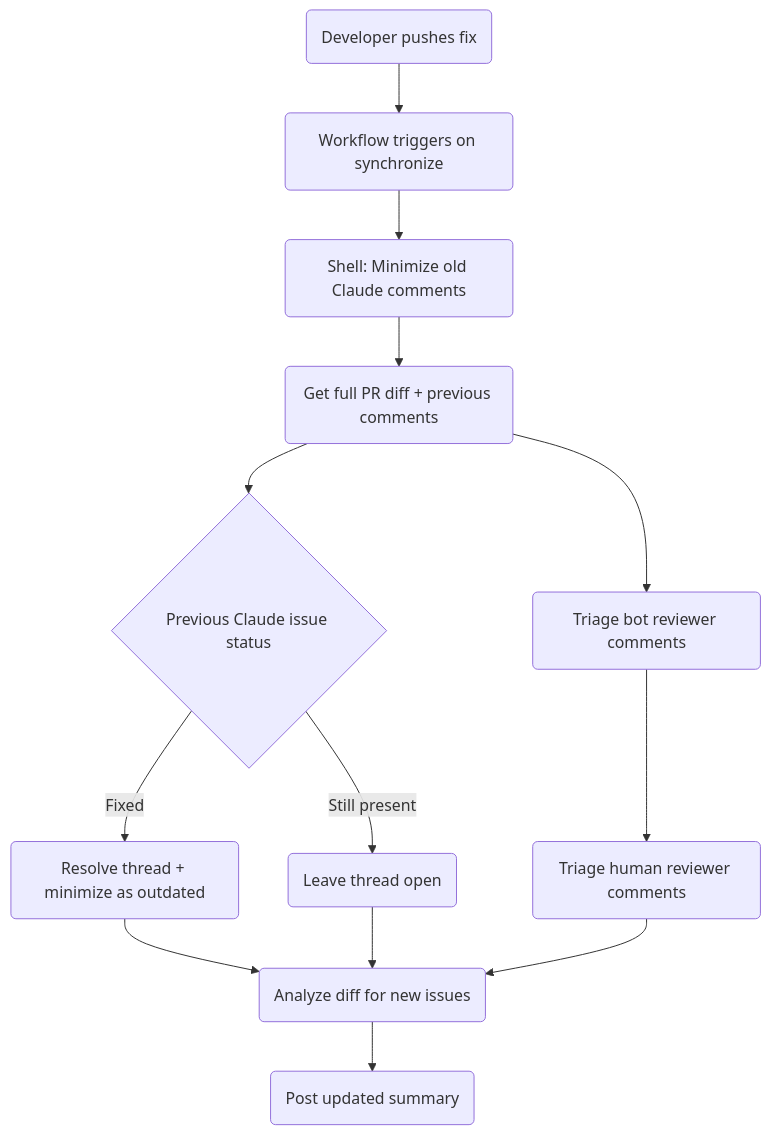
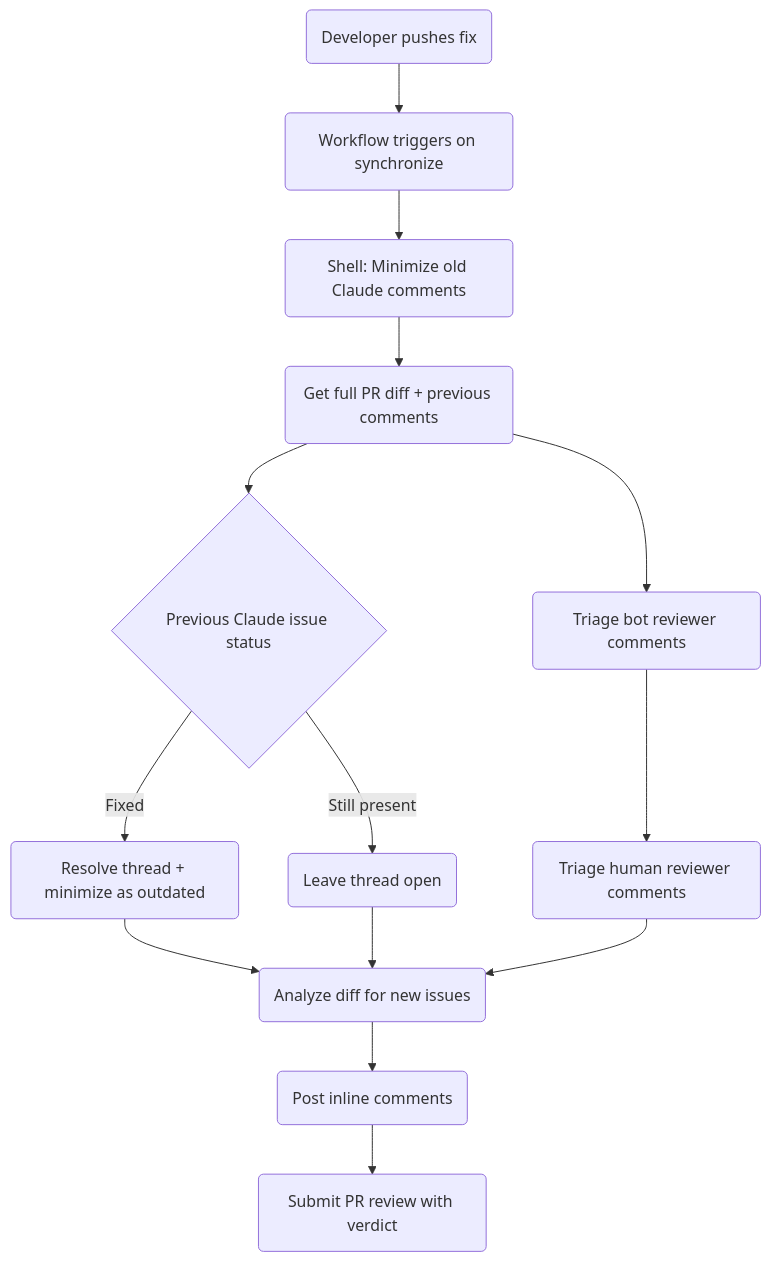
The second of 2 diagrams in docs/claude-code-review.md (SchweizerischeBundesbahnen/github-workflows-polarion), drawn with Mermaid before and after one commit. The commit also changed other lines of this file and 1 other file, not shown here.

````diff
--- a/docs/claude-code-review.md
+++ b/docs/claude-code-review.md
@@ -208,15 +214,16 @@
 ```mermaid
 flowchart TD
   A(Developer pushes fix) --> B(Workflow triggers on synchronize)
   B --> C(Shell: Minimize old Claude comments)
   C --> D(Get full PR diff + previous comments)
   D --> E{Previous Claude issue status}
   E -->|Fixed| F(Resolve thread + minimize as outdated)
   E -->|Still present| G(Leave thread open)
   D --> H(Triage bot reviewer comments)
   H --> L(Triage human reviewer comments)
   F --> I(Analyze diff for new issues)
   G --> I
   L --> I
-  I --> J(Post updated summary)
+  I --> I2(Post inline comments)
+  I2 --> J(Submit PR review with verdict)
 ```
````
